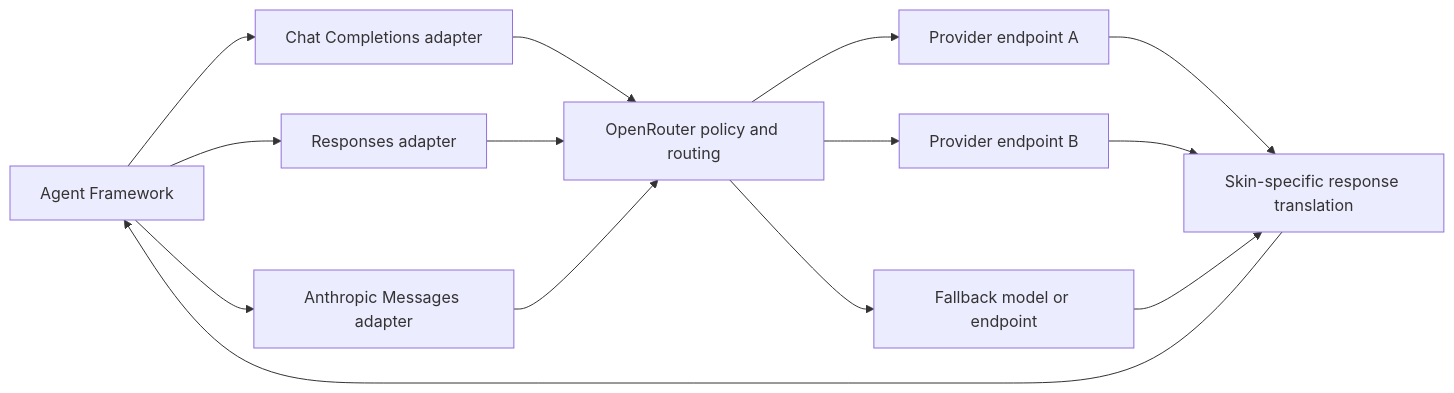
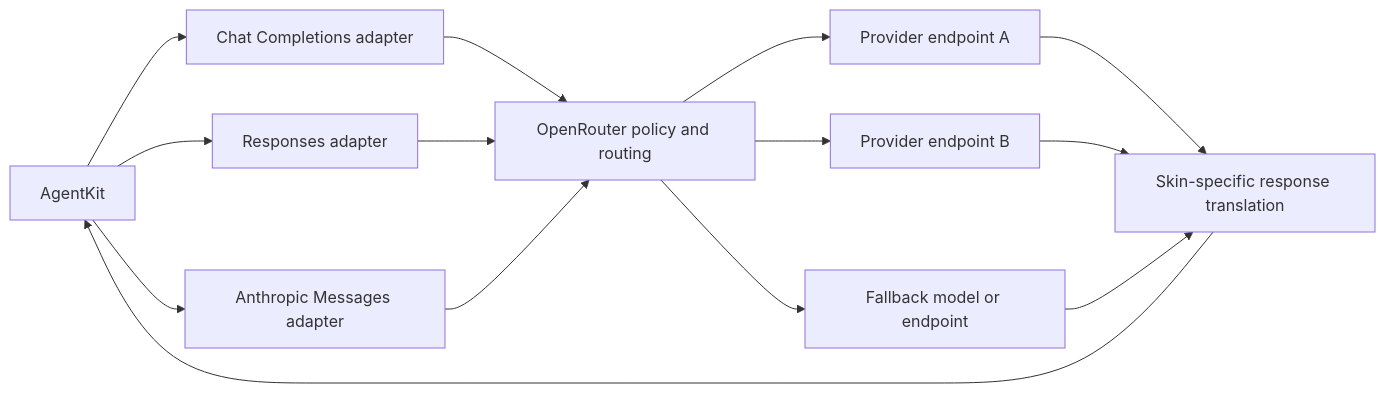
Before and after one commit to pavkam/agent-kit: the first of 3 diagrams in docs/providers/openrouter.md, drawn with Mermaid. The commit also changed 44 other files, not shown here.

Commit message:
docs: finalize AgentKit package architecture

````diff
--- a/docs/providers/openrouter.md
+++ b/docs/providers/openrouter.md
@@ -57,12 +57,12 @@
 ```mermaid
 flowchart LR
-    App[Agent Framework] --> Chat[Chat Completions adapter]
+    App[AgentKit] --> Chat[Chat Completions adapter]
     App --> Resp[Responses adapter]
     App --> Msg[Anthropic Messages adapter]
     Chat & Resp & Msg --> Router[OpenRouter policy and routing]
     Router --> P1[Provider endpoint A]
     Router --> P2[Provider endpoint B]
     Router --> P3[Fallback model or endpoint]
     P1 & P2 & P3 --> Normalize[Skin-specific response translation]
     Normalize --> App
 ```
````
